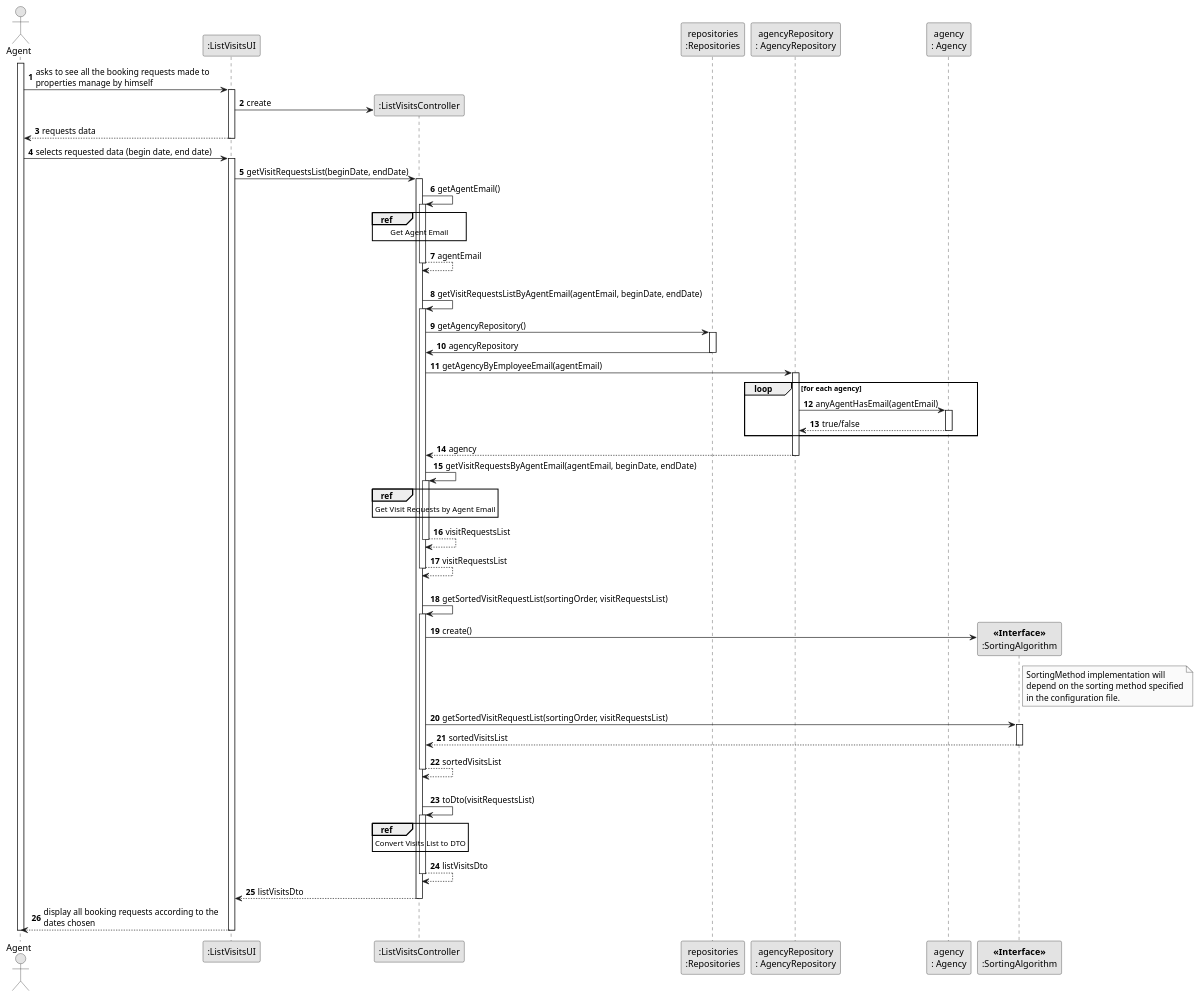
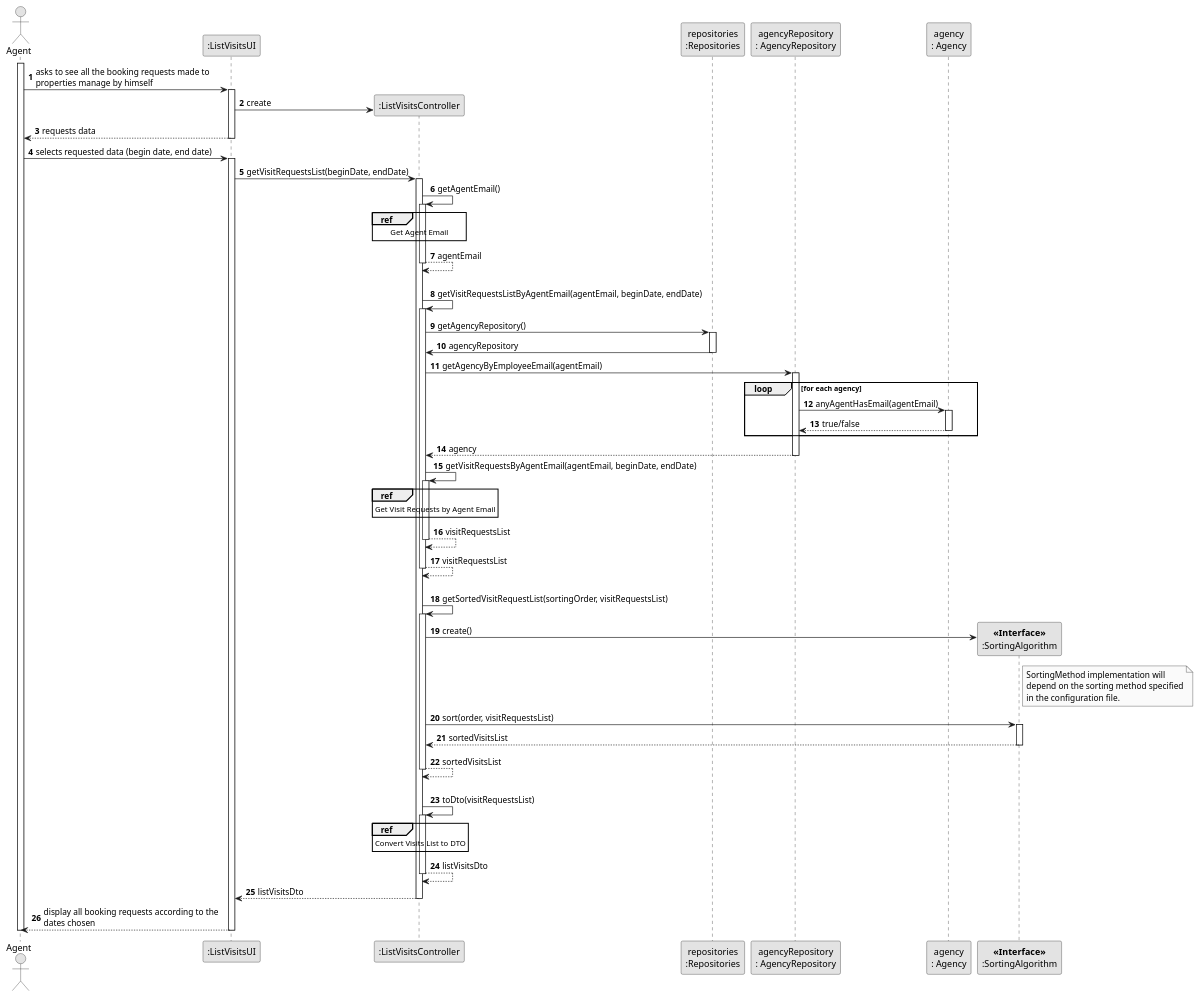
The diagram in docs/sprintD/us015/03.design/puml/us015-sequence-diagram-split.puml (rita-barbosa/LAPR2-2223), drawn with PlantUML before and after one commit. The commit also changed 3 other files, not shown here.

Commit message:
Update Sequence Diagram (full & split) + SVG's [US015][Design]

```diff
--- a/docs/sprintD/us015/03.design/puml/us015-sequence-diagram-split.puml
+++ b/docs/sprintD/us015/03.design/puml/us015-sequence-diagram-split.puml
@@ -1,122 +1,122 @@
 @startuml
 skinparam monochrome true
 skinparam packageStyle rectangle
 skinparam shadowing false
 
 autonumber
 
 'hide footbox
 actor "Agent" as ADM
 participant ":ListVisitsUI" as UI
 participant ":ListVisitsController" as CTRL
 participant "repositories\n:Repositories" as PLAT
 participant "agencyRepository\n: AgencyRepository" as AgRep
 participant "agency\n: Agency" as AGENCY
 participant "<b><<Interface>></b>\n:SortingAlgorithm" as SORTALG
 
 activate ADM
 
         ADM -> UI : asks to see all the booking requests made to \nproperties manage by himself
         activate UI
 
             UI -> CTRL** : create
 
             UI --> ADM : requests data
         deactivate UI
 
     ADM -> UI : selects requested data (begin date, end date)
     activate UI
 
     UI -> CTRL : getVisitRequestsList(beginDate, endDate)
     activate CTRL
 
         CTRL -> CTRL : getAgentEmail()
         activate CTRL
 
            ref over CTRL
            Get Agent Email
            end ref
 
         CTRL --> CTRL : agentEmail
         deactivate CTRL
         |||
 
         CTRL -> CTRL: getVisitRequestsListByAgentEmail(agentEmail, beginDate, endDate)
         activate CTRL
 
         CTRL -> PLAT :  getAgencyRepository()
         activate PLAT
 
         PLAT -> CTRL : agencyRepository
         deactivate PLAT
         CTRL -> AgRep: getAgencyByEmployeeEmail(agentEmail)
         activate AgRep
 
          loop for each agency
              AgRep -> AGENCY : anyAgentHasEmail(agentEmail)
              activate AGENCY
 
                   AGENCY --> AgRep : true/false
              deactivate AGENCY
          end
          AgRep --> CTRL : agency
         deactivate AgRep
 
 
         CTRL -> CTRL : getVisitRequestsByAgentEmail(agentEmail, beginDate, endDate)
         activate CTRL
 
         ref over CTRL
         Get Visit Requests by Agent Email
         end ref
 
 
         CTRL --> CTRL : visitRequestsList
         deactivate CTRL
 
         CTRL --> CTRL: visitRequestsList
         deactivate CTRL
         |||
 
         CTRL -> CTRL : getSortedVisitRequestList(sortingOrder, visitRequestsList)
         activate CTRL
 
         CTRL -> SORTALG** : create()
 
         note right SORTALG
         SortingMethod implementation will
         depend on the sorting method specified
         in the configuration file.
         end note
 
-        CTRL -> SORTALG : getSortedVisitRequestList(sortingOrder, visitRequestsList)
+        CTRL -> SORTALG : sort(order, visitRequestsList)
         activate SORTALG
 
         SORTALG --> CTRL : sortedVisitsList
         deactivate SORTALG
 
         CTRL --> CTRL : sortedVisitsList
         deactivate CTRL
         |||
 
             CTRL -> CTRL : toDto(visitRequestsList)
             activate CTRL
 
             ref over CTRL
             Convert Visits List to DTO
             end ref
 
 
             CTRL --> CTRL : listVisitsDto
             deactivate CTRL
 
              CTRL --> UI: listVisitsDto
              deactivate CTRL
 
 
         UI --> ADM : display all booking requests according to the \ndates chosen
     deactivate UI
 
 deactivate ADM
 
 @enduml
```
